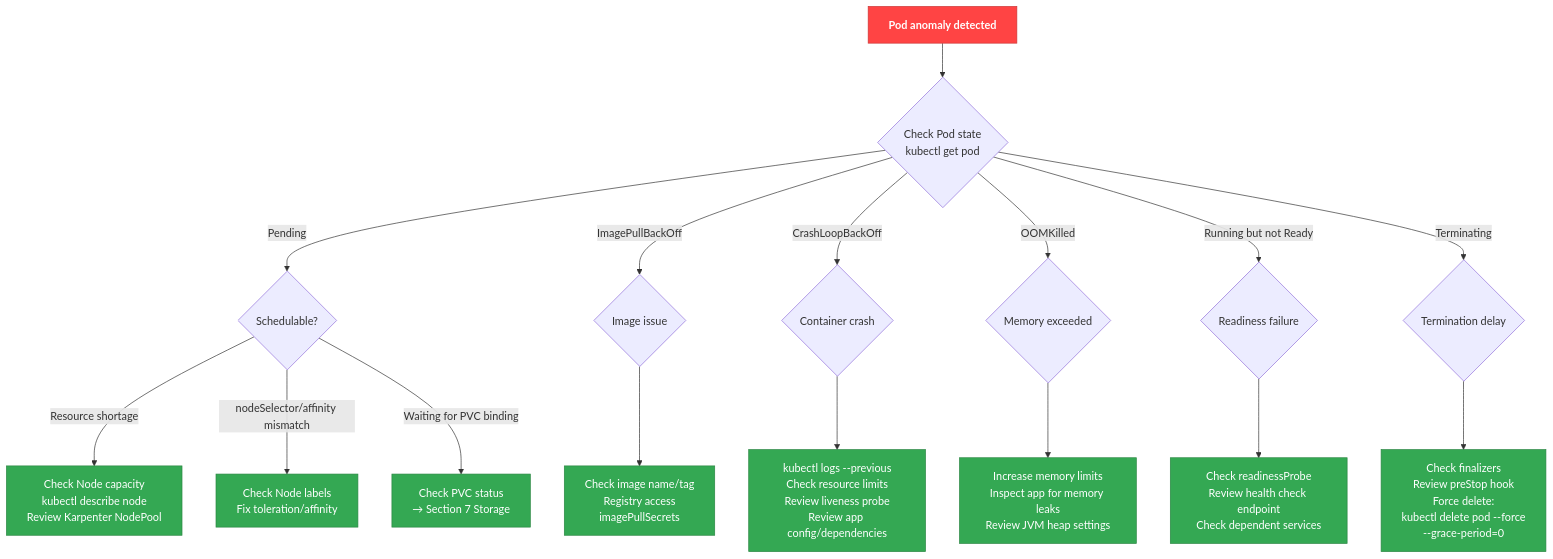
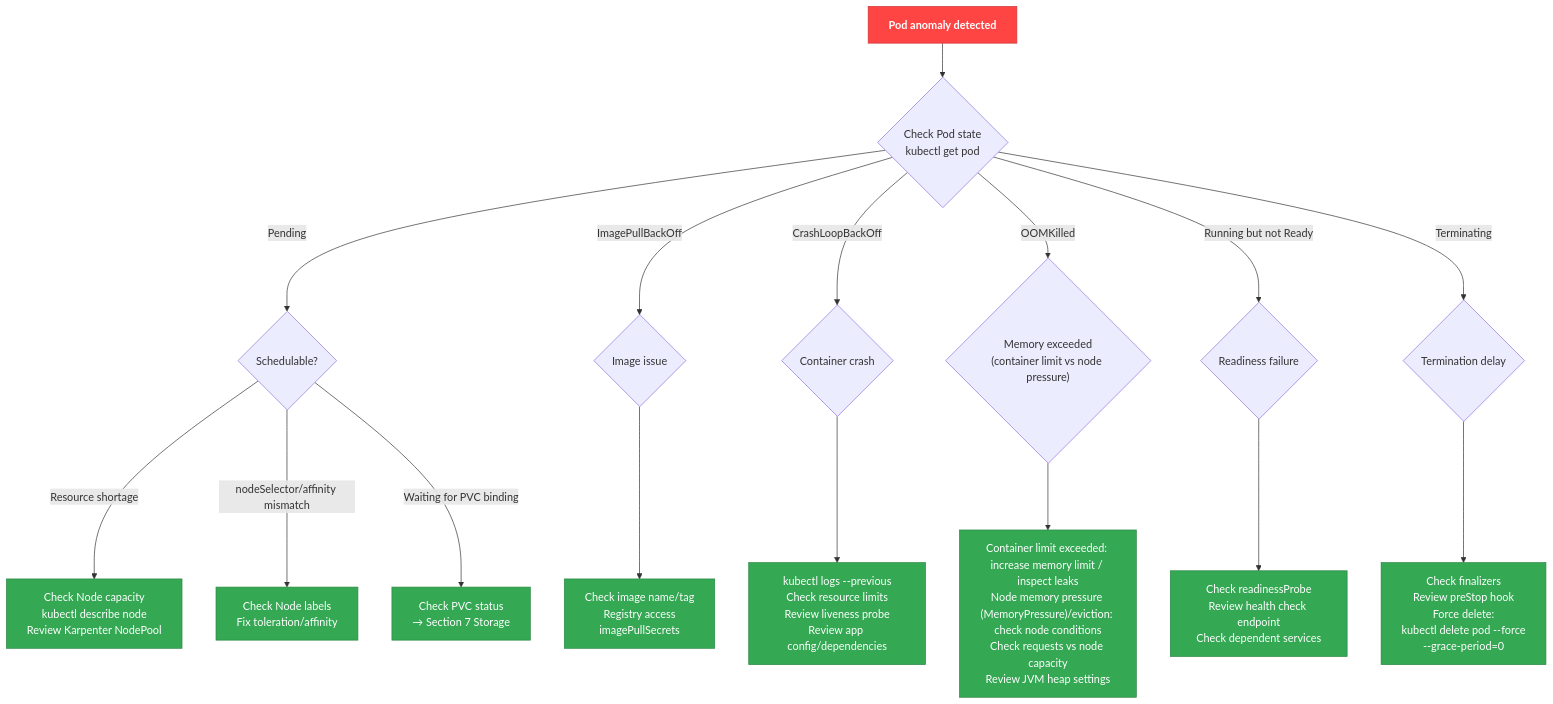
Before and after one commit to devfloor9/engineering-playbook: the first of 3 diagrams in docs/eks-best-practices/operations-reliability/eks-debugging/workload.md, drawn with Mermaid. The commit also changed other lines of this file and 9 other files, not shown here.

````diff
--- a/docs/eks-best-practices/operations-reliability/eks-debugging/workload.md
+++ b/docs/eks-best-practices/operations-reliability/eks-debugging/workload.md
@@ -24,52 +24,54 @@
 ```mermaid
 flowchart TD
     START["`**Pod anomaly detected**`"] --> STATUS{"`Check Pod state
     kubectl get pod`"}
 
     STATUS -->|Pending| PENDING{"`Schedulable?`"}
     PENDING -->|Resource shortage| PEND_RES["`Check Node capacity
     kubectl describe node
     Review Karpenter NodePool`"]
     PENDING -->|nodeSelector/affinity mismatch| PEND_LABEL["`Check Node labels
     Fix toleration/affinity`"]
     PENDING -->|Waiting for PVC binding| PEND_PVC["`Check PVC status
     → Section 7 Storage`"]
 
     STATUS -->|ImagePullBackOff| IMG{"`Image issue`"}
     IMG --> IMG_FIX["`Check image name/tag
     Registry access
     imagePullSecrets`"]
 
     STATUS -->|CrashLoopBackOff| CRASH{"`Container crash`"}
     CRASH --> CRASH_FIX["`kubectl logs --previous
     Check resource limits
     Review liveness probe
     Review app config/dependencies`"]
 
-    STATUS -->|OOMKilled| OOM{"`Memory exceeded`"}
-    OOM --> OOM_FIX["`Increase memory limits
-    Inspect app for memory leaks
+    STATUS -->|OOMKilled| OOM{"`Memory exceeded
+    (container limit vs node pressure)`"}
+    OOM --> OOM_FIX["`Container limit exceeded: increase memory limit / inspect leaks
+    Node memory pressure (MemoryPressure)/eviction: check node conditions
+    Check requests vs node capacity
     Review JVM heap settings`"]
 
     STATUS -->|Running but not Ready| READY{"`Readiness failure`"}
     READY --> READY_FIX["`Check readinessProbe
     Review health check endpoint
     Check dependent services`"]
 
     STATUS -->|Terminating| TERM{"`Termination delay`"}
     TERM --> TERM_FIX["`Check finalizers
     Review preStop hook
     Force delete:
     kubectl delete pod --force
     --grace-period=0`"]
 
     style START fill:#ff4444,stroke:#cc3636,color:#fff
     style PEND_RES fill:#34a853,stroke:#2a8642,color:#fff
     style PEND_LABEL fill:#34a853,stroke:#2a8642,color:#fff
     style PEND_PVC fill:#34a853,stroke:#2a8642,color:#fff
     style IMG_FIX fill:#34a853,stroke:#2a8642,color:#fff
     style CRASH_FIX fill:#34a853,stroke:#2a8642,color:#fff
     style OOM_FIX fill:#34a853,stroke:#2a8642,color:#fff
     style READY_FIX fill:#34a853,stroke:#2a8642,color:#fff
     style TERM_FIX fill:#34a853,stroke:#2a8642,color:#fff
 ```
````
